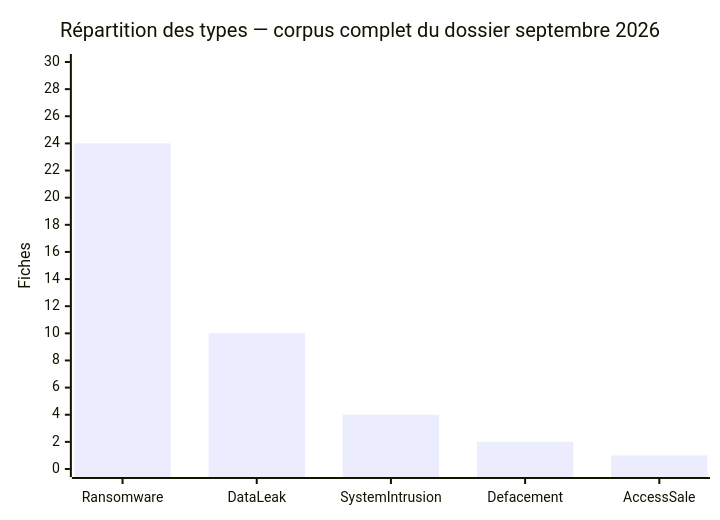
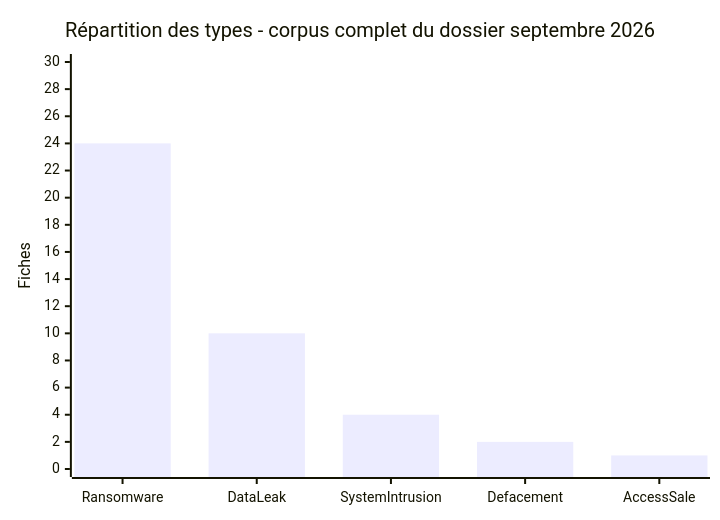
Before and after one commit to Hatchepsoute/AFRINTEL: the third of 10 diagrams in CyberAttackAfrica/2026/09-september/README_FR.md, drawn with Mermaid. The commit also changed other lines of this file and 35 other files, not shown here.

````diff
--- a/CyberAttackAfrica/2026/09-september/README_FR.md
+++ b/CyberAttackAfrica/2026/09-september/README_FR.md
@@ -101,7 +101,7 @@
 ```mermaid
 xychart-beta
-    title "Répartition des types — corpus complet du dossier septembre 2026"
+    title "Répartition des types  -  corpus complet du dossier septembre 2026"
     x-axis [Ransomware, DataLeak, SystemIntrusion, Defacement, AccessSale]
     y-axis "Fiches" 0 --> 30
     bar [24, 10, 4, 2, 1]
 ```
````
